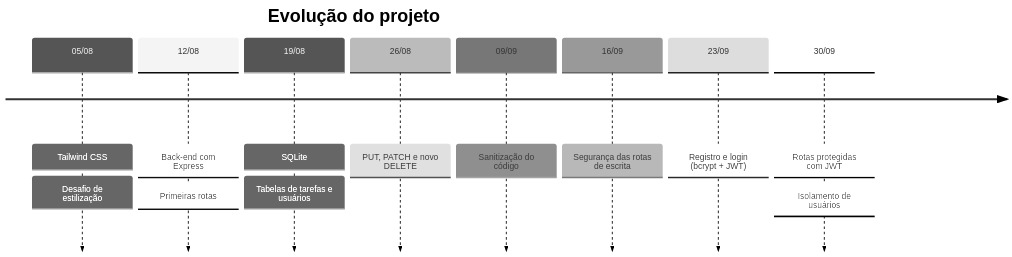
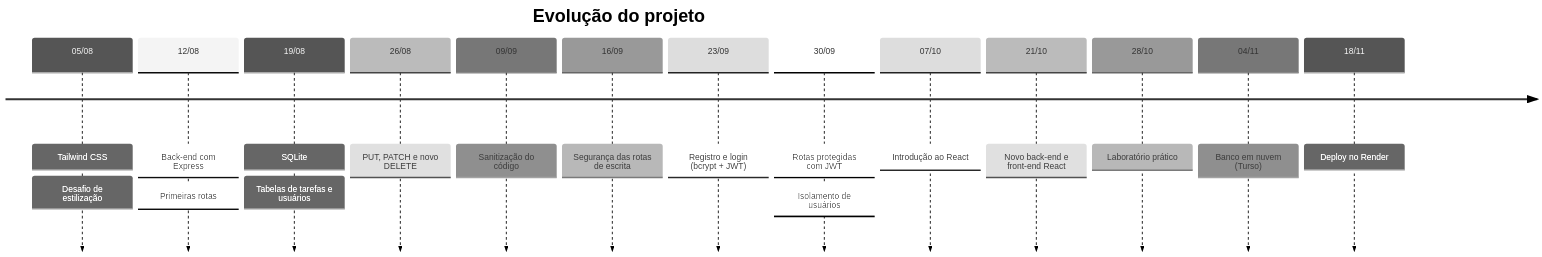
One commit to ThiagoBorsatto/gerenciador-de-tarefas changed the second of 2 diagrams in README.md. Above: the diagram before and after it, drawn with Mermaid (neutral theme). The commit also changed other lines of this file and 2 other files, not shown here.

Commit message:
docs: semanario da Aula 10 (deploy no Render) e README atualizado

````diff
--- a/README.md
+++ b/README.md
@@ -181,16 +252,21 @@
 ```mermaid
 timeline
     title Evolução do projeto
     05/08 : Tailwind CSS
           : Desafio de estilização
     12/08 : Back-end com Express
           : Primeiras rotas
     19/08 : SQLite
           : Tabelas de tarefas e usuários
     26/08 : PUT, PATCH e novo DELETE
     09/09 : Sanitização do código
     16/09 : Segurança das rotas de escrita
     23/09 : Registro e login (bcrypt + JWT)
     30/09 : Rotas protegidas com JWT
           : Isolamento de usuários
+    07/10 : Introdução ao React
+    21/10 : Novo back-end e front-end React
+    28/10 : Laboratório prático
+    04/11 : Banco em nuvem (Turso)
+    18/11 : Deploy no Render
 ```
````
